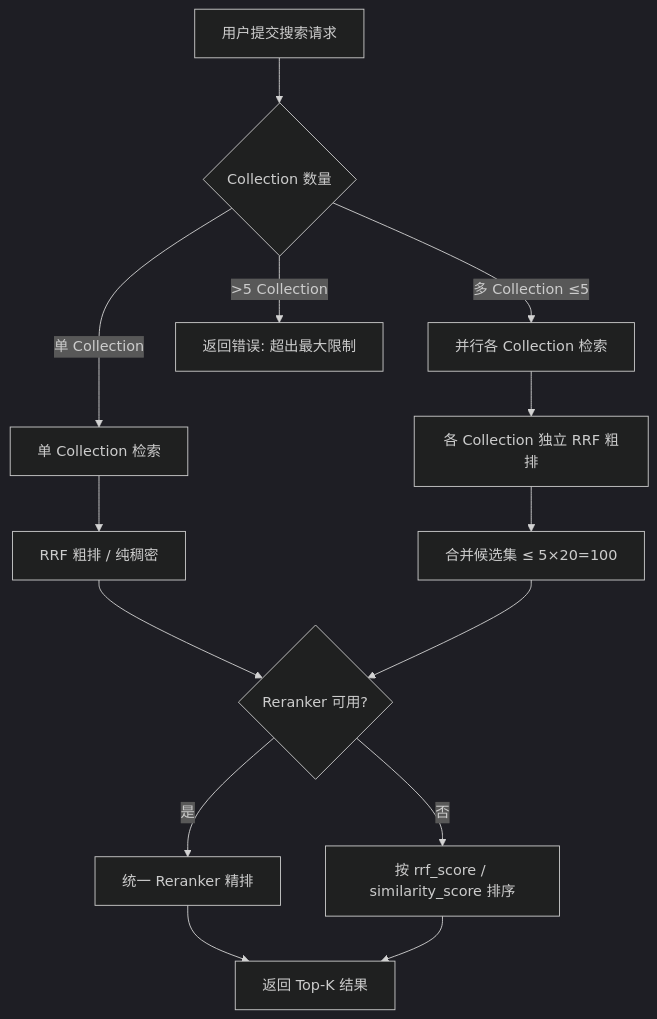
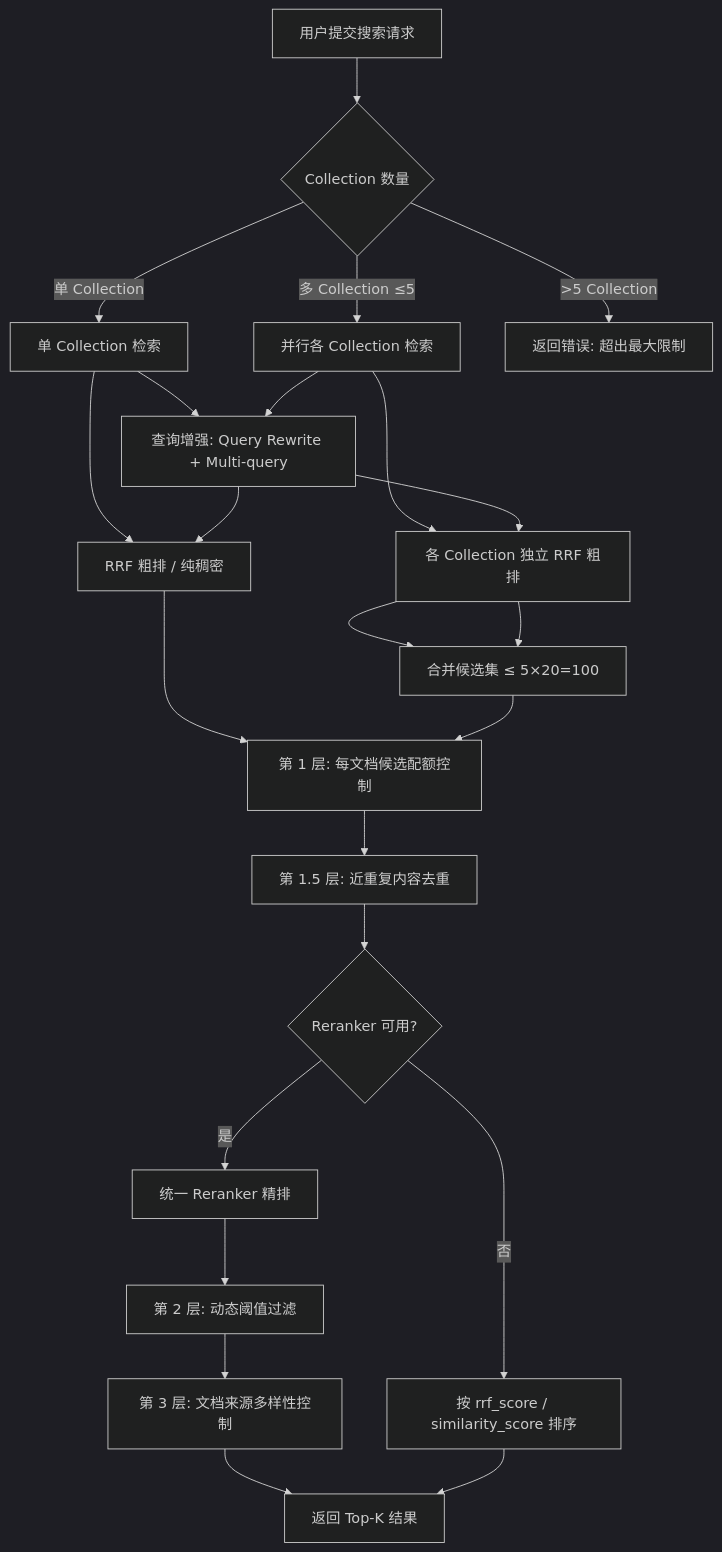
The third of 3 diagrams in specs/005-search-query-opt/data-model.md (qingni/rag-pipeline-hub), drawn with Mermaid (dark theme) before and after one commit. The commit also changed other lines of this file and 54 other files, not shown here.

First line of the commit message:
feat(search-query): 查询增强、三层防御体系、跨模型联合搜索及文档同步更新

````diff
--- a/specs/005-search-query-opt/data-model.md
+++ b/specs/005-search-query-opt/data-model.md
@@ -188,18 +222,28 @@
 ```mermaid
 flowchart TD
     A[用户提交搜索请求] --> B{Collection 数量}
     B -->|单 Collection| C[单 Collection 检索]
     B -->|多 Collection ≤5| D[并行各 Collection 检索]
     B -->|>5 Collection| E[返回错误: 超出最大限制]
     
     C --> F[RRF 粗排 / 纯稠密]
     D --> G[各 Collection 独立 RRF 粗排]
     G --> H[合并候选集 ≤ 5×20=100]
     
-    F --> I{Reranker 可用?}
-    H --> I
+    C --> QE[查询增强: Query Rewrite + Multi-query]
+    D --> QE
+    QE --> F[RRF 粗排 / 纯稠密]
+    QE --> G[各 Collection 独立 RRF 粗排]
+    G --> H[合并候选集 ≤ 5×20=100]
+    
+    F --> DEF1[第 1 层: 每文档候选配额控制]
+    H --> DEF1
+    DEF1 --> DEF15[第 1.5 层: 近重复内容去重]
+    DEF15 --> I{Reranker 可用?}
     I -->|是| J[统一 Reranker 精排]
     I -->|否| K[按 rrf_score / similarity_score 排序]
-    J --> L[返回 Top-K 结果]
+    J --> DEF2[第 2 层: 动态阈值过滤]
+    DEF2 --> DEF3[第 3 层: 文档来源多样性控制]
+    DEF3 --> L[返回 Top-K 结果]
     K --> L
 ```
````
